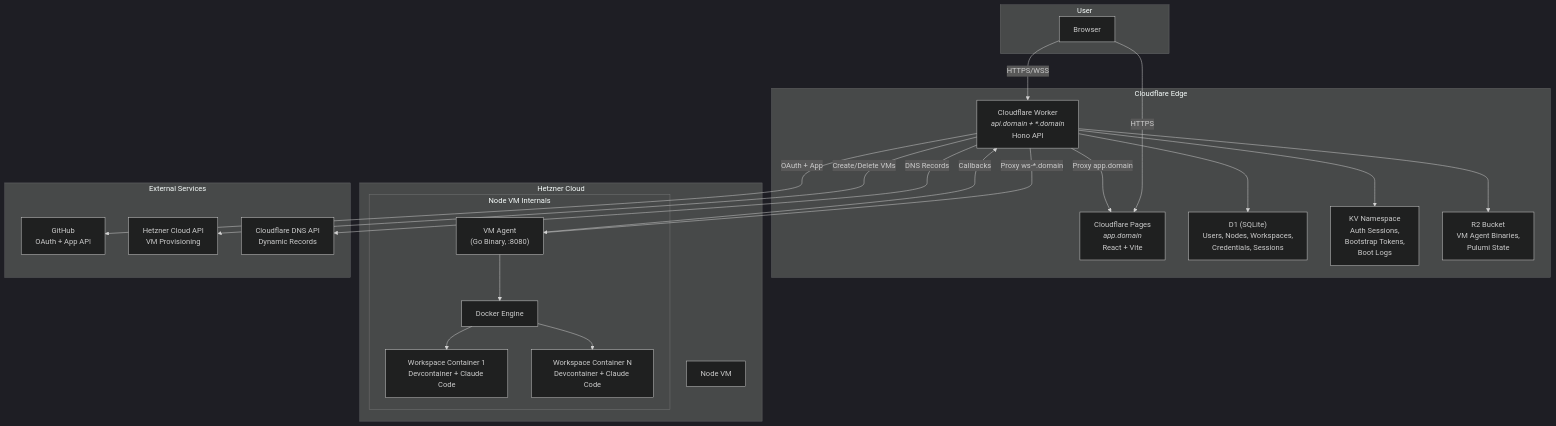
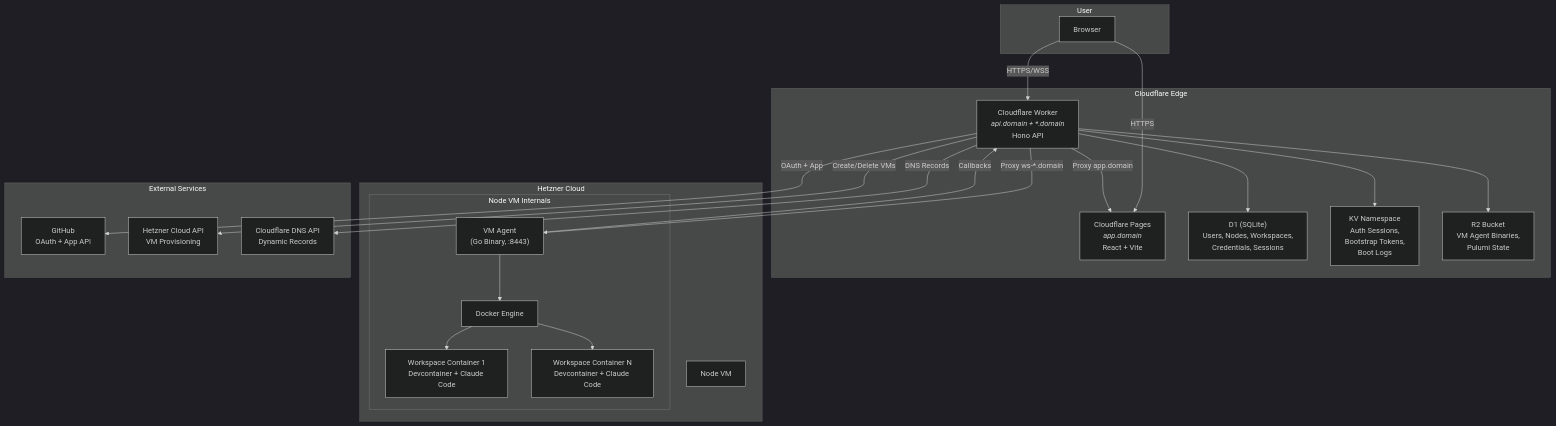
The first of 17 diagrams in docs/architecture/walkthrough.md (raphaeltm/simple-agent-manager), drawn with Mermaid (dark theme) before and after one commit. The commit also changed other lines of this file and 2 other files, not shown here.

Commit message:
fix: remove origin CA cert protection to allow SAN replacement
The deploy failed because the Origin CA cert is protected and Pulumi
can't replace it to add the *.vm.{domain} SAN. Temporarily remove
protect flag to allow replacement. Also fix stale doc references
(port 8080→8443, vm-* DNS comment).

````diff
--- a/docs/architecture/walkthrough.md
+++ b/docs/architecture/walkthrough.md
@@ -29,45 +29,45 @@
 ```mermaid
 graph TB
     subgraph "User"
         Browser["Browser"]
     end
 
     subgraph "Cloudflare Edge"
         Pages["Cloudflare Pages<br/><i>app.domain</i><br/>React + Vite"]
         Worker["Cloudflare Worker<br/><i>api.domain + *.domain</i><br/>Hono API"]
         D1["D1 (SQLite)<br/>Users, Nodes, Workspaces,<br/>Credentials, Sessions"]
         KV["KV Namespace<br/>Auth Sessions,<br/>Bootstrap Tokens,<br/>Boot Logs"]
         R2["R2 Bucket<br/>VM Agent Binaries,<br/>Pulumi State"]
     end
 
     subgraph "Hetzner Cloud"
         Node1["Node VM"]
         subgraph "Node VM Internals"
-            VMAgent["VM Agent<br/>(Go Binary, :8080)"]
+            VMAgent["VM Agent<br/>(Go Binary, :8443)"]
             Docker["Docker Engine"]
             WS1["Workspace Container 1<br/>Devcontainer + Claude Code"]
             WS2["Workspace Container N<br/>Devcontainer + Claude Code"]
         end
     end
 
     subgraph "External Services"
         GitHub["GitHub<br/>OAuth + App API"]
         Hetzner["Hetzner Cloud API<br/>VM Provisioning"]
         CFDNS["Cloudflare DNS API<br/>Dynamic Records"]
     end
 
     Browser -->|"HTTPS"| Pages
     Browser -->|"HTTPS/WSS"| Worker
     Worker --> D1
     Worker --> KV
     Worker --> R2
     Worker -->|"Proxy ws-*.domain"| VMAgent
     Worker -->|"Proxy app.domain"| Pages
     Worker -->|"OAuth + App"| GitHub
     Worker -->|"Create/Delete VMs"| Hetzner
     Worker -->|"DNS Records"| CFDNS
     VMAgent --> Docker
     Docker --> WS1
     Docker --> WS2
     VMAgent -->|"Callbacks"| Worker
 ```
````
